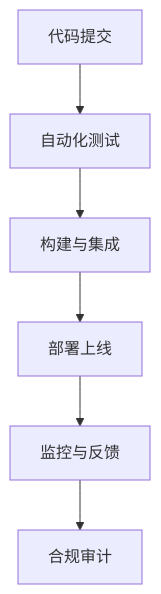
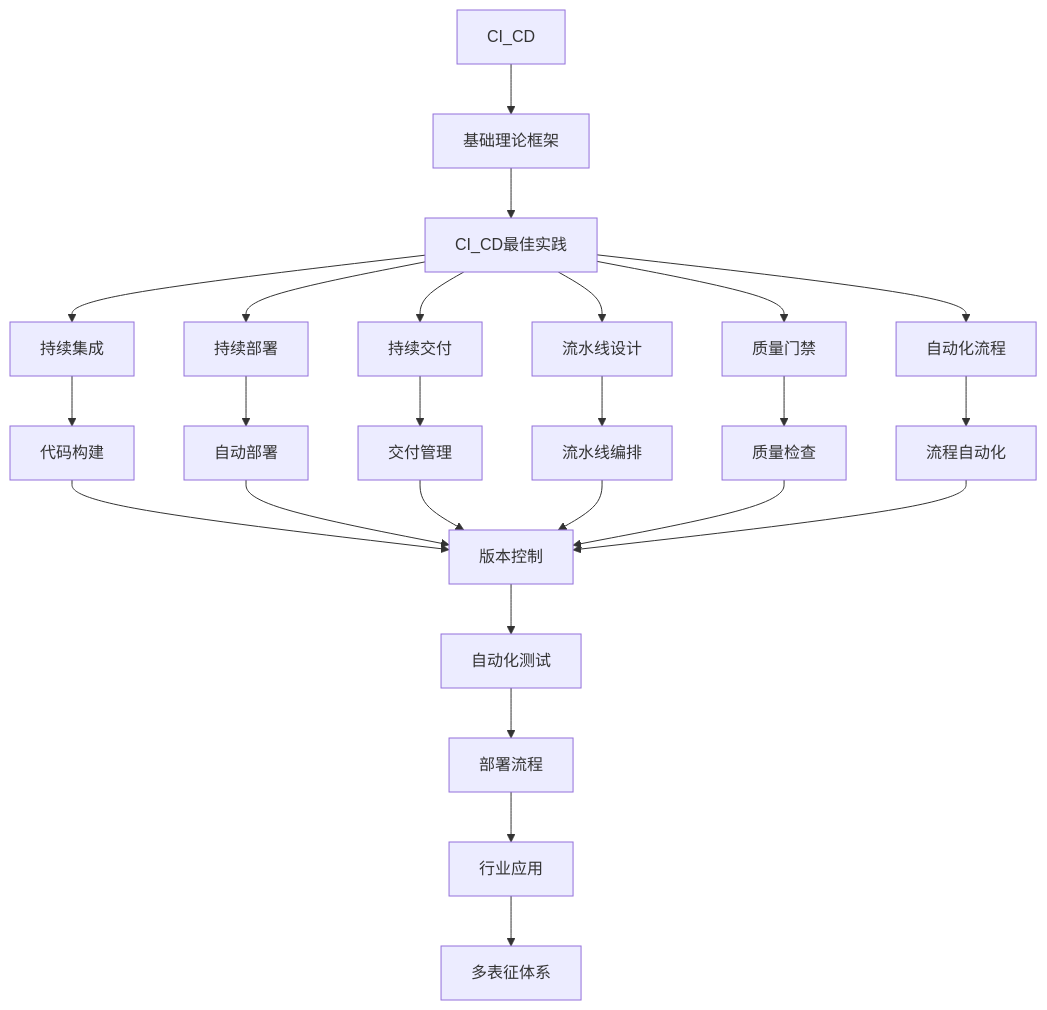
The diagram in Analysis/7-持续集成与演进/7.4-CI_CD/README.md (AdaMartin18010/Data-Science), drawn with Mermaid before and after one commit. The commit also changed other lines of this file and 27 other files, not shown here.

````diff
--- a/Analysis/7-持续集成与演进/7.4-CI_CD/README.md
+++ b/Analysis/7-持续集成与演进/7.4-CI_CD/README.md
@@ -22,8 +18,22 @@
 ```mermaid
 flowchart TD
-  C[代码提交] --> T[自动化测试]
-  T --> B[构建与集成]
-  B --> D[部署上线]
-  D --> M[监控与反馈]
-  M --> L[合规审计]
+  A[CI_CD] --> B[基础理论框架]
+  B --> C[CI_CD最佳实践]
+  C --> D[持续集成]
+  C --> E[持续部署]
+  C --> F[持续交付]
+  C --> G[流水线设计]
+  C --> H[质量门禁]
+  C --> I[自动化流程]
+  D --> J[代码构建]
+  E --> K[自动部署]
+  F --> L[交付管理]
+  G --> M[流水线编排]
+  H --> N[质量检查]
+  I --> O[流程自动化]
+  J & K & L & M & N & O --> P[版本控制]
+  P --> Q[自动化测试]
+  Q --> R[部署流程]
+  R --> S[行业应用]
+  S --> T[多表征体系]
 ```
````
